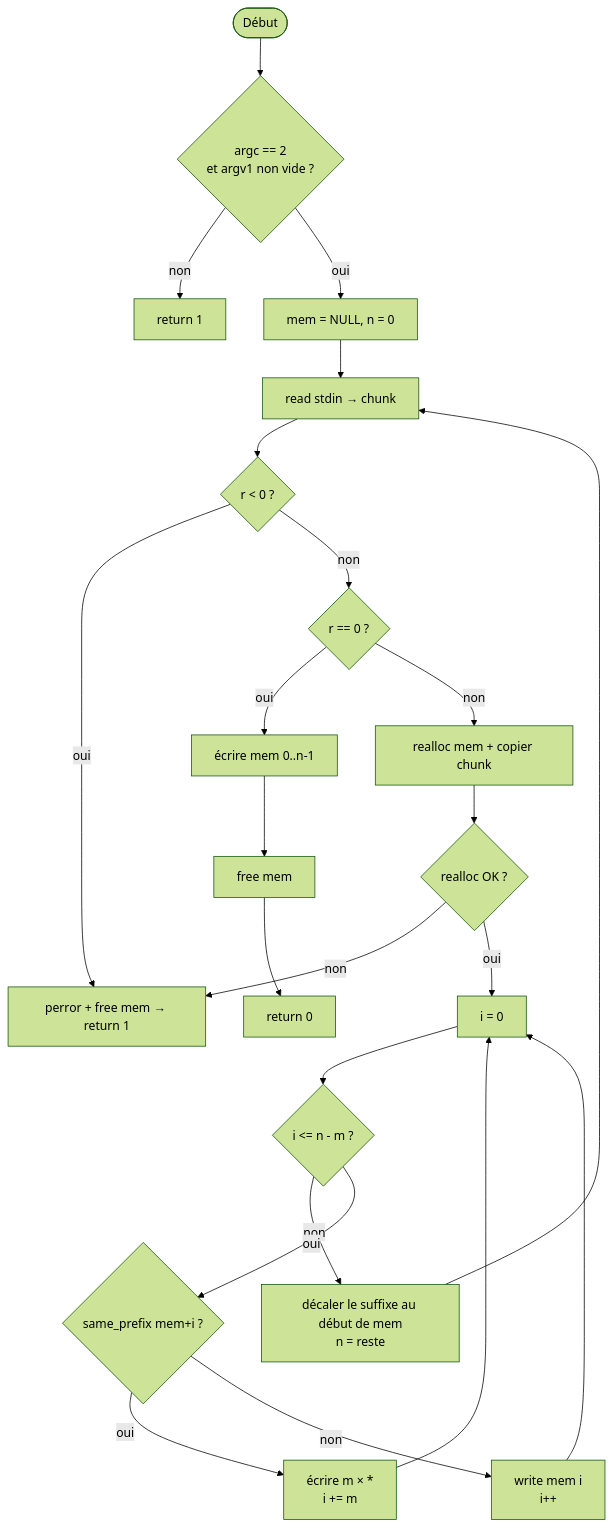
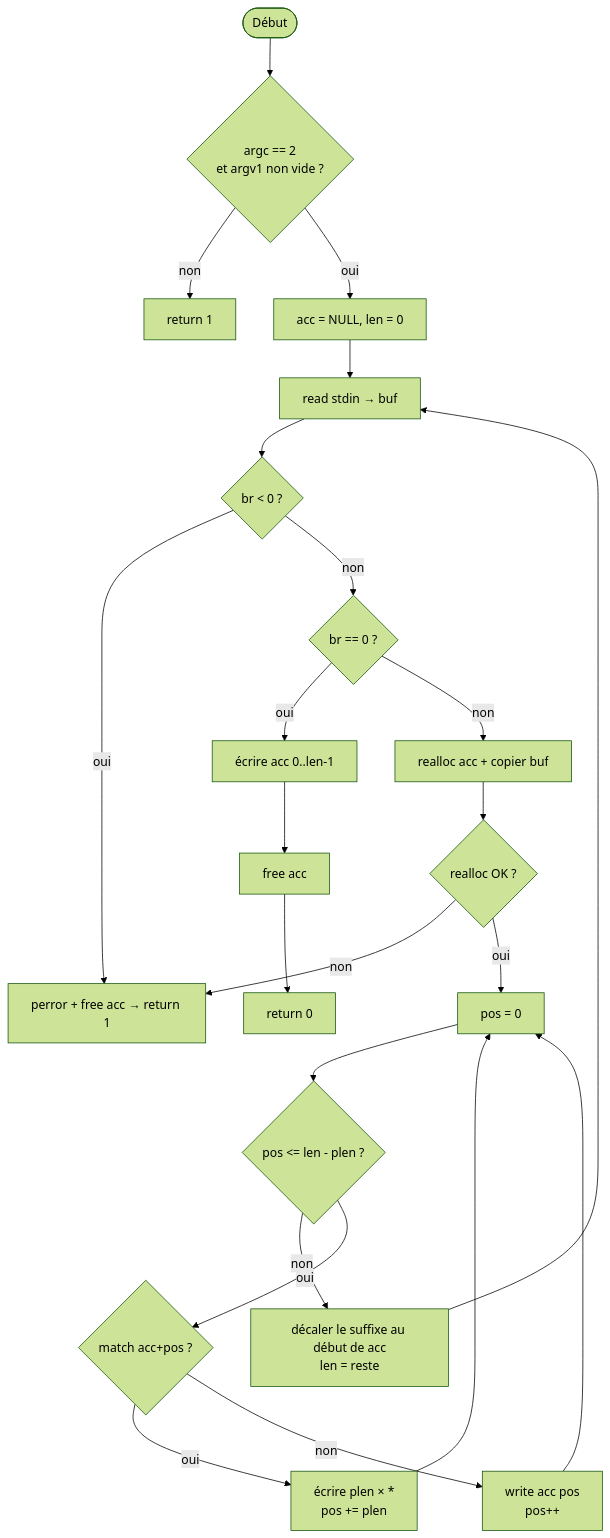
One commit to ChapouX/42_examshell changed the diagram in .resources/rank03/answer.md. Above: the diagram before and after it, drawn with Mermaid (forest theme). The commit also changed other lines of this file and 1 other file, not shown here.

````diff
--- a/.resources/rank03/answer.md
+++ b/.resources/rank03/answer.md
@@ -220,29 +220,29 @@
 ```mermaid
 flowchart TD
     Start([Début]) --> V{argc == 2<br/>et argv1 non vide ?}
     V -->|non| R1[return 1]
-    V -->|oui| Init[mem = NULL, n = 0]
+    V -->|oui| Init[acc = NULL, len = 0]
 
-    Init --> Read[read stdin → chunk]
-    Read --> E{r < 0 ?}
-    E -->|oui| Err[perror + free mem → return 1]
-    E -->|non| Z{r == 0 ?}
-    Z -->|oui| Flush[écrire mem 0..n-1]
-    Z -->|non| Realloc[realloc mem + copier chunk]
+    Init --> Read[read stdin → buf]
+    Read --> E{br < 0 ?}
+    E -->|oui| Err[perror + free acc → return 1]
+    E -->|non| Z{br == 0 ?}
+    Z -->|oui| Flush[écrire acc 0..len-1]
+    Z -->|non| Realloc[realloc acc + copier buf]
 
     Realloc --> M{realloc OK ?}
     M -->|non| Err
-    M -->|oui| Scan[i = 0]
+    M -->|oui| Scan[pos = 0]
 
-    Scan --> S{i <= n - m ?}
-    S -->|non| Shift[décaler le suffixe au début de mem<br/>n = reste]
-    S -->|oui| Match{same_prefix mem+i ?}
-    Match -->|oui| Stars[écrire m × *<br/>i += m]
-    Match -->|non| Char[write mem i<br/>i++]
+    Scan --> S{pos <= len - plen ?}
+    S -->|non| Shift[décaler le suffixe au début de acc<br/>len = reste]
+    S -->|oui| Match{match acc+pos ?}
+    Match -->|oui| Stars[écrire plen × *<br/>pos += plen]
+    Match -->|non| Char[write acc pos<br/>pos++]
     Stars --> Scan
     Char --> Scan
 
     Shift --> Read
-    Flush --> Free[free mem]
+    Flush --> Free[free acc]
     Free --> R0[return 0]
 ```
````
